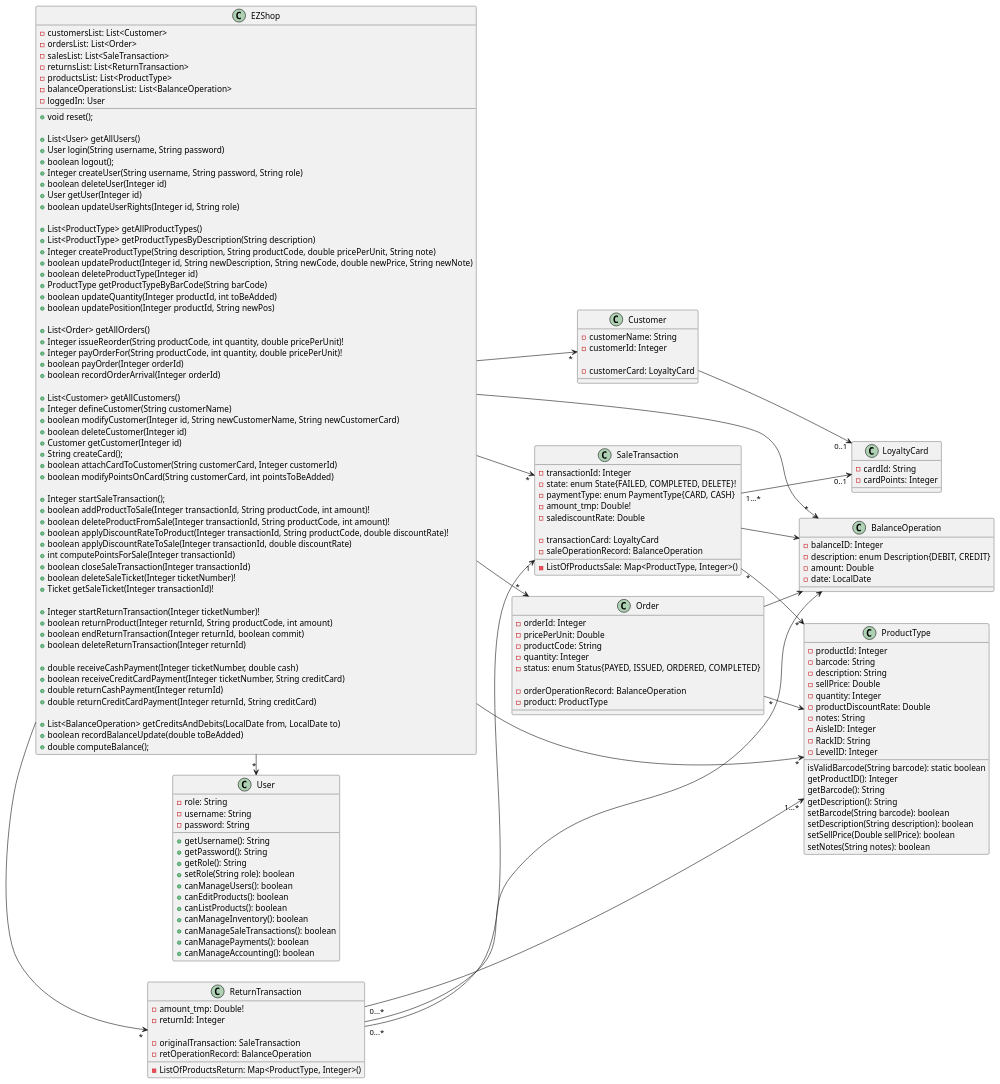
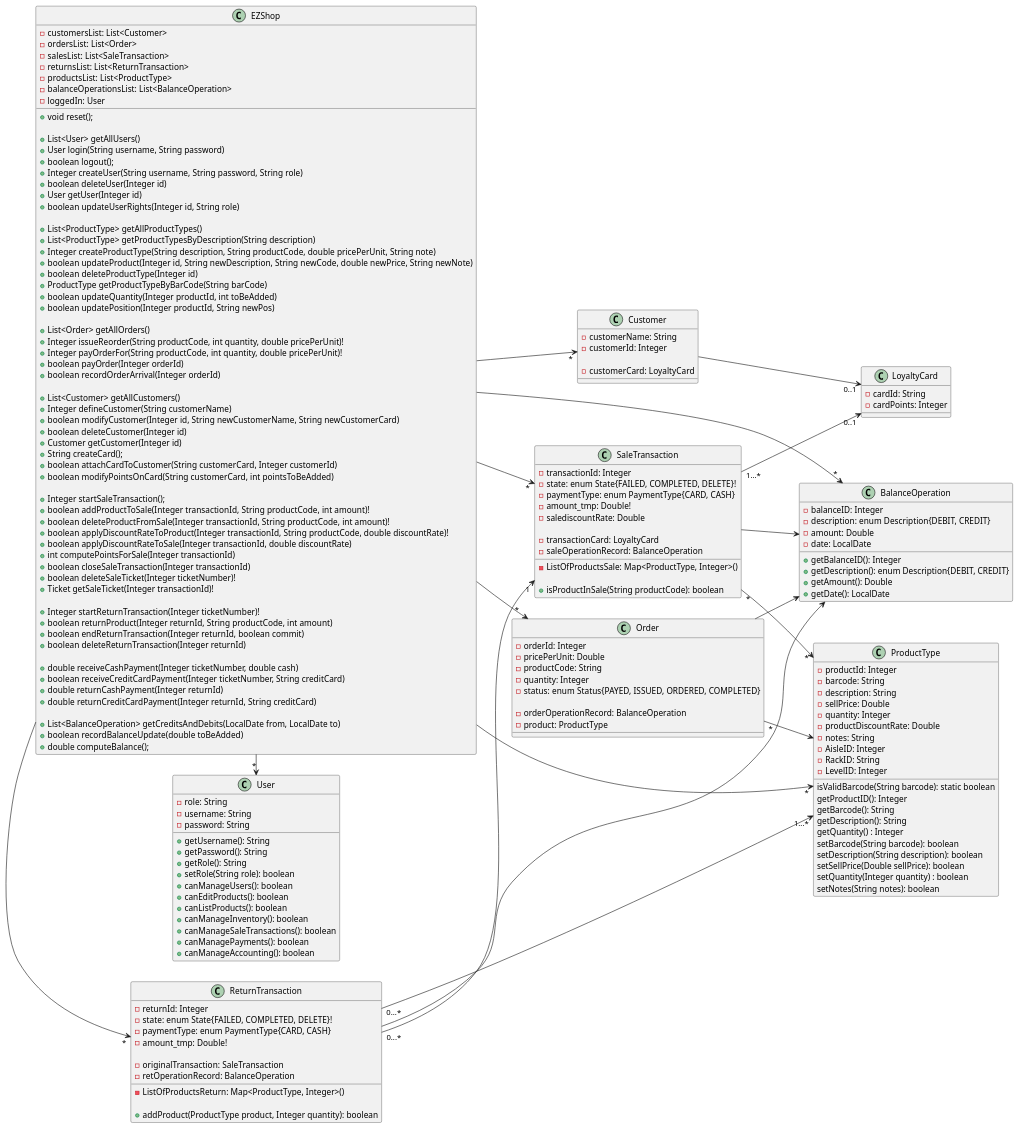
Before and after one commit to gioele-scaletta/EZShop-Software-Engineering-Project: the first of 4 diagrams in Deliverables/DesignDocument.md, drawn with PlantUML. The commit also changed other lines of this file, not shown here.

Commit message:
docs: sequence diagrams 8.1, 8.2, 9.1, 10.1, 10.2

```diff
--- a/Deliverables/DesignDocument.md
+++ b/Deliverables/DesignDocument.md
@@ -147,9 +147,11 @@
     getProductID(): Integer
     getBarcode(): String
     getDescription(): String
+    getQuantity() : Integer
     setBarcode(String barcode): boolean
     setDescription(String description): boolean
     setSellPrice(Double sellPrice): boolean
+    setQuantity(Integer quantity) : boolean
     setNotes(String notes): boolean
 }
 
@@ -181,19 +183,25 @@
     -amount_tmp: Double!
     -salediscountRate: Double
 
-    -ListOfProductsSale: Map<ProductType, Integer>()
     -transactionCard: LoyaltyCard
     -saleOperationRecord: BalanceOperation
+    -ListOfProductsSale: Map<ProductType, Integer>()
+
+    +isProductInSale(String productCode): boolean
 }
 
 
 class ReturnTransaction {
+    -returnId: Integer
+    -state: enum State{FAILED, COMPLETED, DELETE}!
+    -paymentType: enum PaymentType{CARD, CASH}
     -amount_tmp: Double!
-    -returnId: Integer
 
     -originalTransaction: SaleTransaction
     -retOperationRecord: BalanceOperation
     -ListOfProductsReturn: Map<ProductType, Integer>()
+
+    +addProduct(ProductType product, Integer quantity): boolean
 }
 
 
@@ -207,7 +215,12 @@
     -balanceID: Integer
     -description: enum Description{DEBIT, CREDIT}
     -amount: Double
-    -date: LocalDate 
+    -date: LocalDate
+
+    +getBalanceID(): Integer
+    +getDescription(): enum Description{DEBIT, CREDIT}
+    +getAmount(): Double
+    +getDate(): LocalDate
 }
 
 
```
